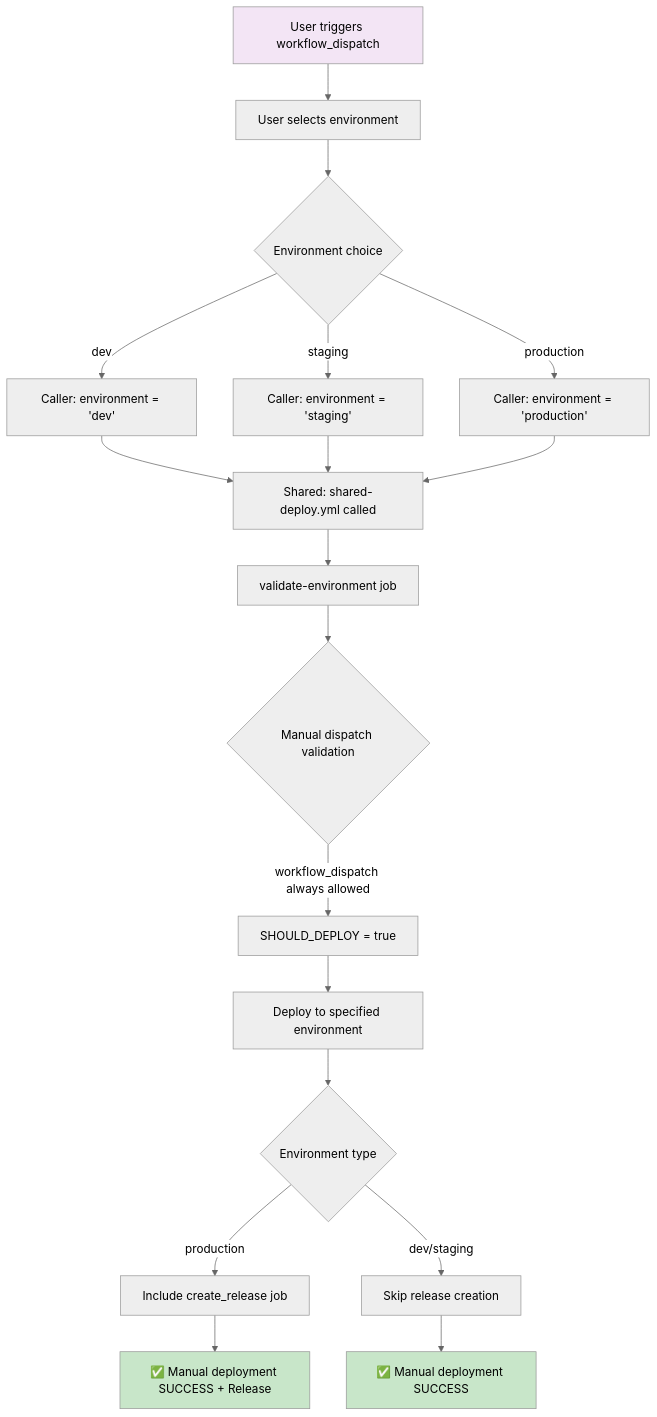
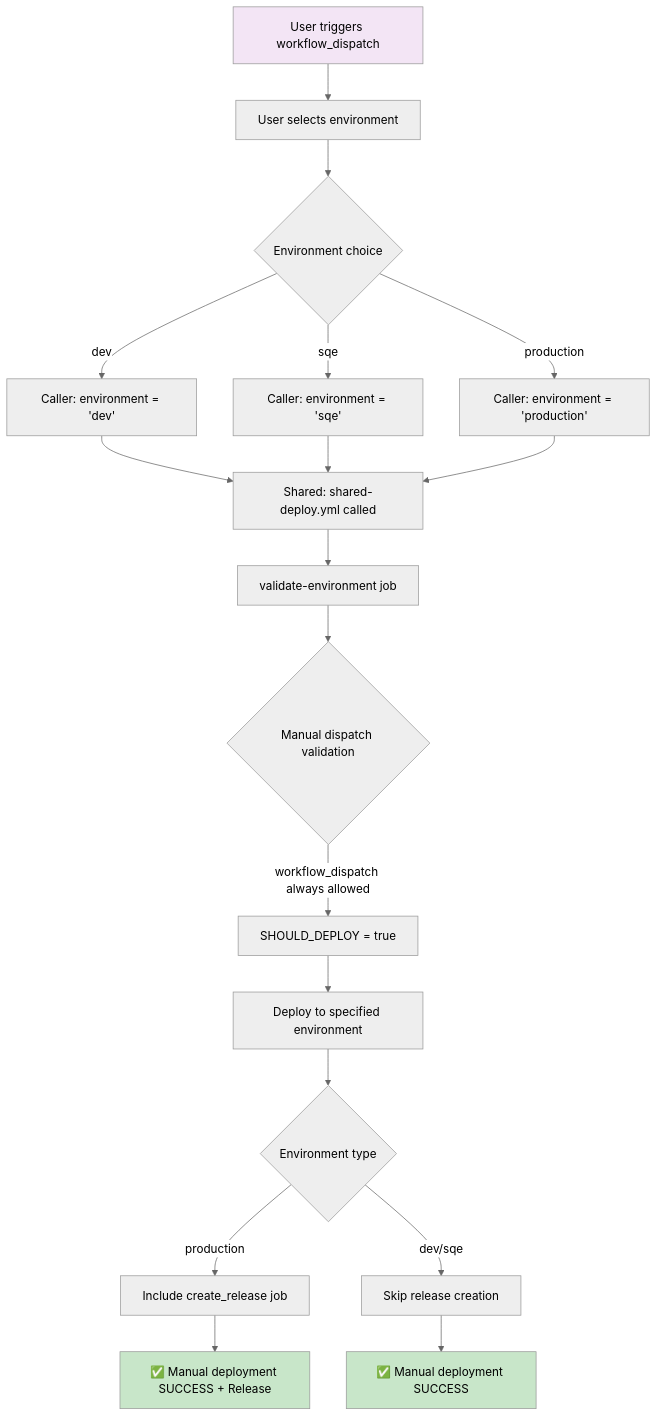
The fifth of 16 diagrams in docs/DEPLOYMENT_FLOWS_GUIDE.md (abhiksd/shared-workflows-testing), drawn with Mermaid (neutral theme) before and after one commit. The commit also changed other lines of this file and 53 other files, not shown here.

First line of the commit message:
Comprehensive migration: Change staging to sqe across entire codebase

````diff
--- a/docs/DEPLOYMENT_FLOWS_GUIDE.md
+++ b/docs/DEPLOYMENT_FLOWS_GUIDE.md
@@ -195,30 +195,30 @@
 ```mermaid
 flowchart TD
     A[User triggers workflow_dispatch] --> B[User selects environment]
     B --> C{Environment choice}
     
     C -->|dev| D[Caller: environment = 'dev']
-    C -->|staging| E[Caller: environment = 'staging']  
+    C -->|sqe| E[Caller: environment = 'sqe']  
     C -->|production| F[Caller: environment = 'production']
     
     D --> G[Shared: shared-deploy.yml called]
     E --> G
     F --> G
     
     G --> H[validate-environment job]
     H --> I{Manual dispatch validation}
     I -->|workflow_dispatch always allowed| J[SHOULD_DEPLOY = true]
     
     J --> K[Deploy to specified environment]
     K --> L{Environment type}
     
     L -->|production| M[Include create_release job]
-    L -->|dev/staging| N[Skip release creation]
+    L -->|dev/sqe| N[Skip release creation]
     
     M --> O[✅ Manual deployment SUCCESS + Release]
     N --> P[✅ Manual deployment SUCCESS]
     
     style A fill:#f3e5f5
     style O fill:#c8e6c9
     style P fill:#c8e6c9
 ```
````
